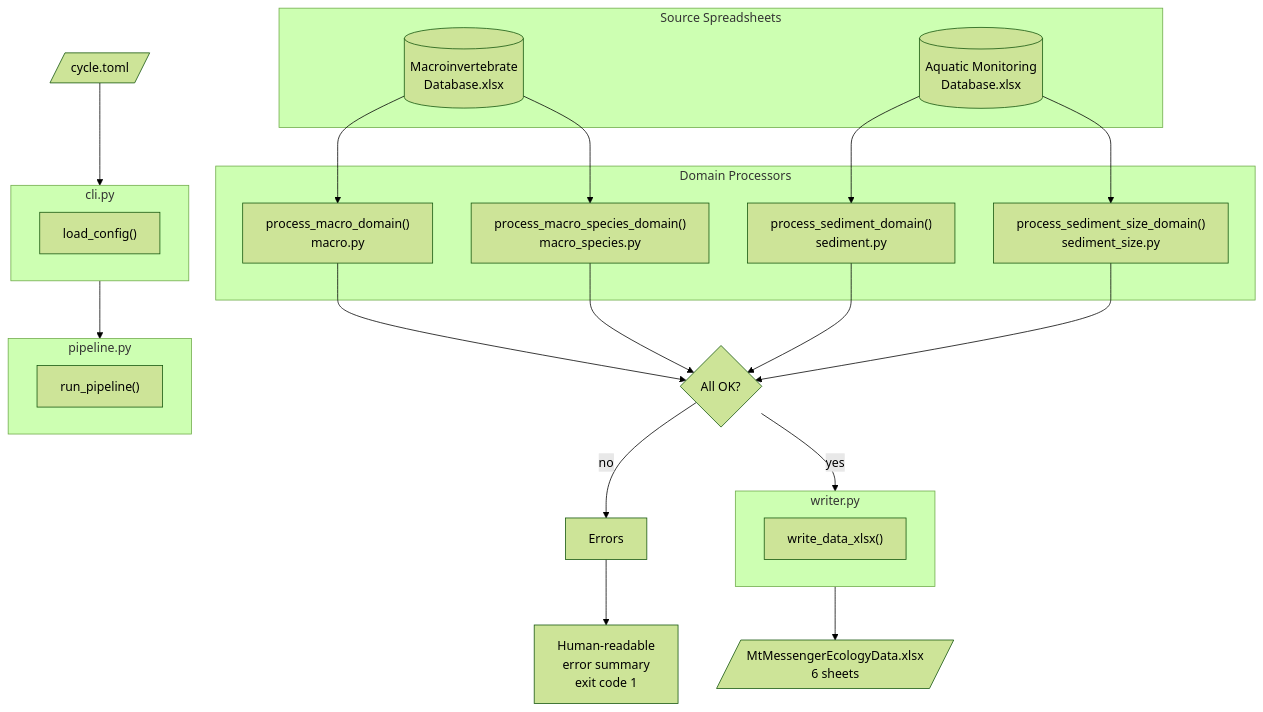
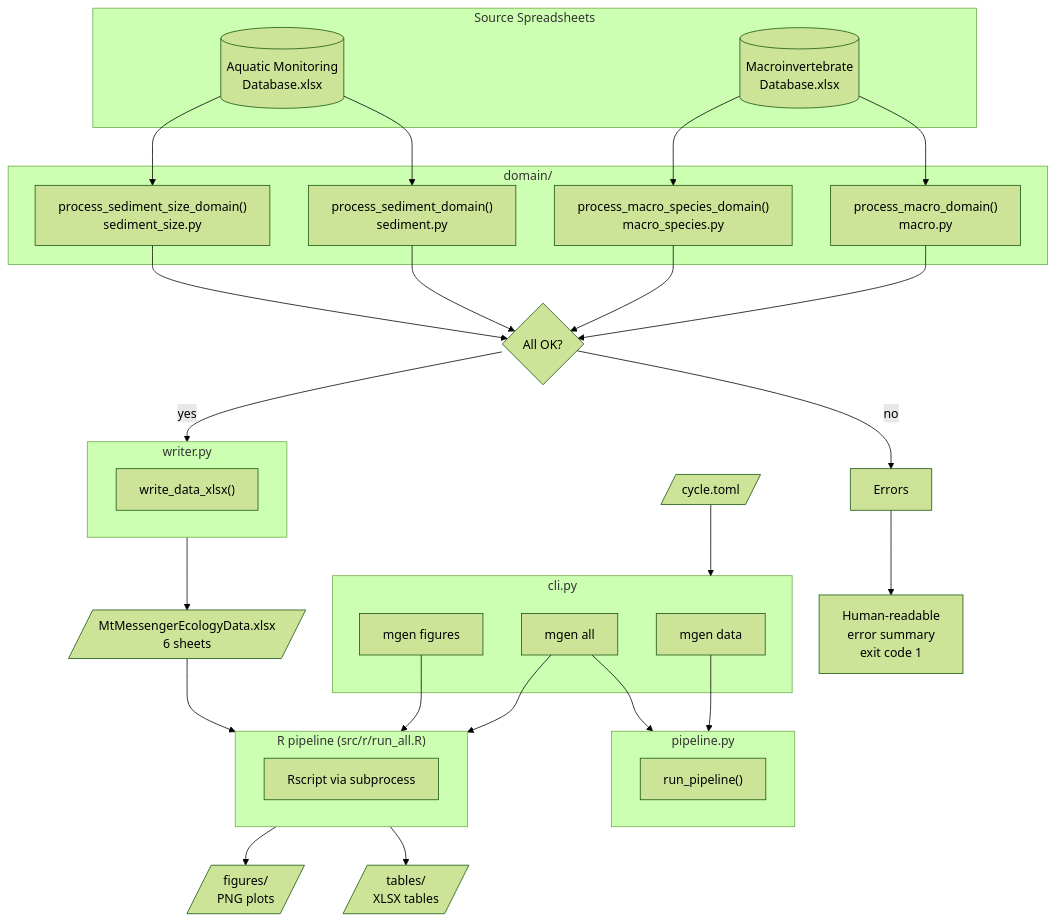
The diagram in README.md (tonkintaylor/p-100181.4600-mt-messenger-ecology), drawn with Mermaid (forest theme) before and after one commit.

Commit message:
docs: update pipeline architecture diagram with R figures stage (#24)
Show the three CLI commands (data, figures, all) and the R pipeline
(src/r/run_all.R) that produces figures/ and tables/ output. Rename
the Domains subgraph label to match the actual directory name.

````diff
--- a/README.md
+++ b/README.md
@@ -19,47 +19,61 @@
 ```mermaid
 flowchart TD
     Config[/"cycle.toml"/] --> CLI
 
     subgraph CLI ["cli.py"]
-        LoadConfig["load_config()"]
+        DataCmd["mgen data"]
+        FigCmd["mgen figures"]
+        AllCmd["mgen all"]
     end
 
-    CLI --> Pipeline
+    DataCmd --> Pipeline
+    AllCmd --> Pipeline
+    AllCmd --> RFigures
 
     subgraph Pipeline ["pipeline.py"]
         RunPipeline["run_pipeline()"]
     end
 
     subgraph Sources ["Source Spreadsheets"]
         MacroDB[("Macroinvertebrate\nDatabase.xlsx")]
         AquaticDB[("Aquatic Monitoring\nDatabase.xlsx")]
     end
 
     MacroDB --> Macro
     MacroDB --> MacroSpecies
     AquaticDB --> Sediment
     AquaticDB --> SedimentSize
 
-    subgraph Domains ["Domain Processors"]
+    subgraph Domains ["domain/"]
         Macro["process_macro_domain()\nmacro.py"]
         MacroSpecies["process_macro_species_domain()\nmacro_species.py"]
         Sediment["process_sediment_domain()\nsediment.py"]
         SedimentSize["process_sediment_size_domain()\nsediment_size.py"]
     end
 
     Macro --> Merge
     MacroSpecies --> Merge
     Sediment --> Merge
     SedimentSize --> Merge
 
     Merge{All OK?}
     Merge -->|yes| Writer
     Merge -->|no| Errors
 
     subgraph Writer ["writer.py"]
         WriteXlsx["write_data_xlsx()"]
     end
 
-    Writer --> Output[/"MtMessengerEcologyData.xlsx\n6 sheets"/]
+    Writer --> DataOutput[/"MtMessengerEcologyData.xlsx\n6 sheets"/]
     Errors --> ErrReport["Human-readable\nerror summary\nexit code 1"]
+
+    FigCmd --> RFigures
+    DataOutput --> RFigures
+
+    subgraph RFigures ["R pipeline (src/r/run_all.R)"]
+        Rscript["Rscript via subprocess"]
+    end
+
+    RFigures --> Figures[/"figures/\nPNG plots"/]
+    RFigures --> Tables[/"tables/\nXLSX tables"/]
 ```
````
